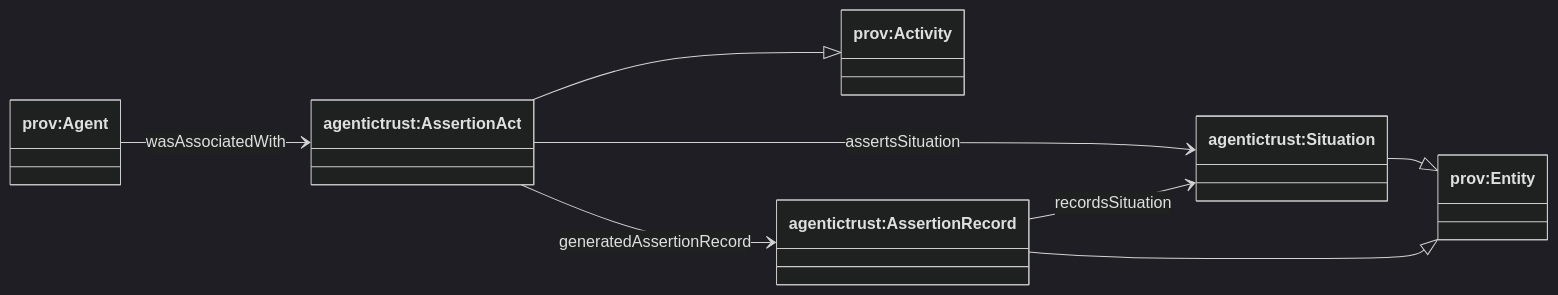
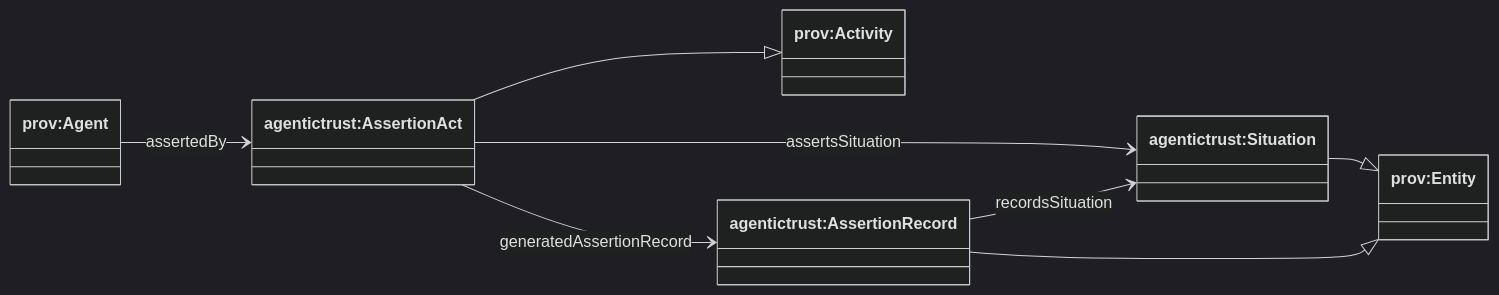
One commit to Agentic-Trust-Layer/agent-explorer changed the first of 3 diagrams in docs/ontology/trust-graph.md. Above: the diagram before and after it, drawn with Mermaid (dark theme). The commit also changed other lines of this file and 4 other files, not shown here.

````diff
--- a/docs/ontology/trust-graph.md
+++ b/docs/ontology/trust-graph.md
@@ -11,21 +12,21 @@
 ```mermaid
 classDiagram
 direction LR
 
 class provEntity["prov:Entity"]
 class provActivity["prov:Activity"]
 class provAgent["prov:Agent"]
 
 class Situation["agentictrust:Situation"]
 class AssertionAct["agentictrust:AssertionAct"]
 class AssertionRecord["agentictrust:AssertionRecord"]
 
 Situation --|> provEntity
 AssertionAct --|> provActivity
 AssertionRecord --|> provEntity
 
-provAgent --> AssertionAct : wasAssociatedWith
+provAgent --> AssertionAct : assertedBy
 AssertionAct --> Situation : assertsSituation
 AssertionAct --> AssertionRecord : generatedAssertionRecord
 AssertionRecord --> Situation : recordsSituation
 ```
````
